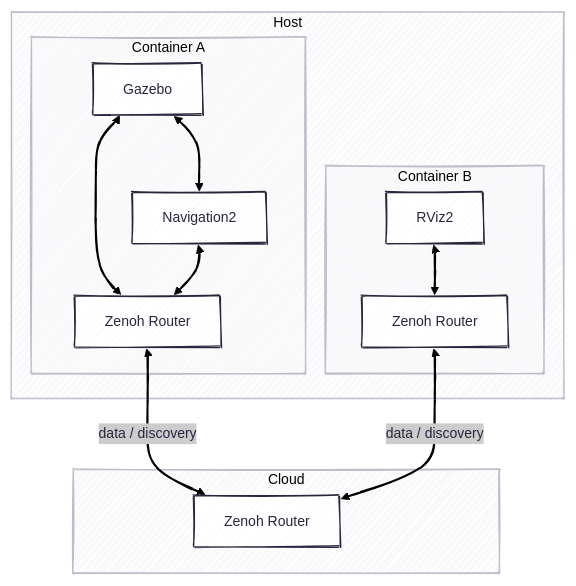
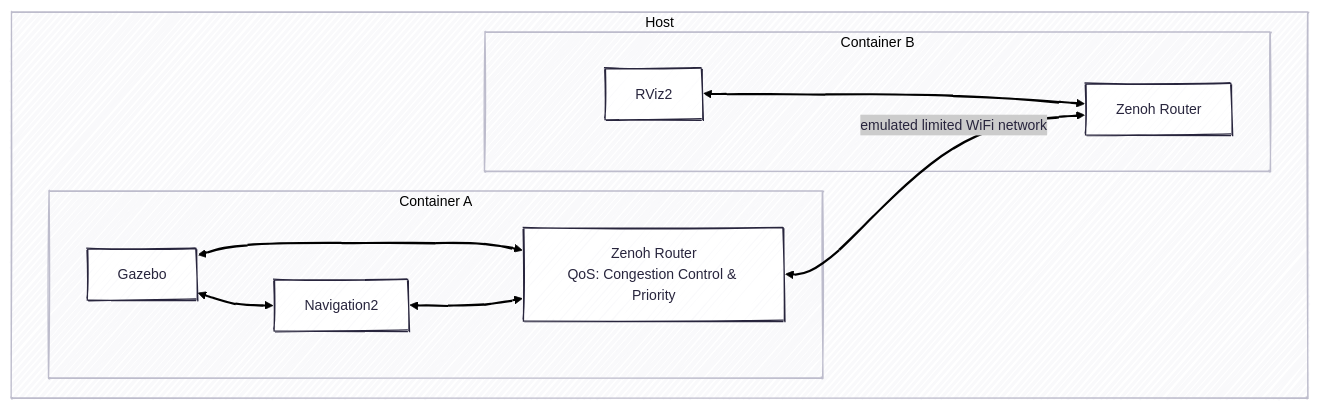
The diagram in exercises/ex-7.md (bresilla/roscon2025_workshop), drawn with Mermaid before and after one commit. The commit also changed other lines of this file and 9 other files, not shown here.

````diff
--- a/exercises/ex-7.md
+++ b/exercises/ex-7.md
@@ -5,24 +5,20 @@
 ```mermaid
 ---
 config:
   theme: redux
   look: handDrawn
   layout: dagre
 ---
 graph TD
 subgraph Host
     subgraph Container A
-        sim1["Gazebo"] <--> zr1["Zenoh Router"]
+        sim1["Gazebo"] <--> zr1["Zenoh Router</br>QoS: Congestion Control & Priority"]
         nav1["Navigation2"] <--> zr1
         sim1 <--> nav1
     end
     subgraph Container B
         rv2["RViz2"] <--> zr2["Zenoh Router"]
     end
+    zr1 <-- emulated limited WiFi network --> zr2
 end
-subgraph Cloud
-    zr3["Zenoh Router"]
-end
-zr1 <-- data / discovery --> zr3
-zr2 <-- data / discovery --> zr3
 ```
````
